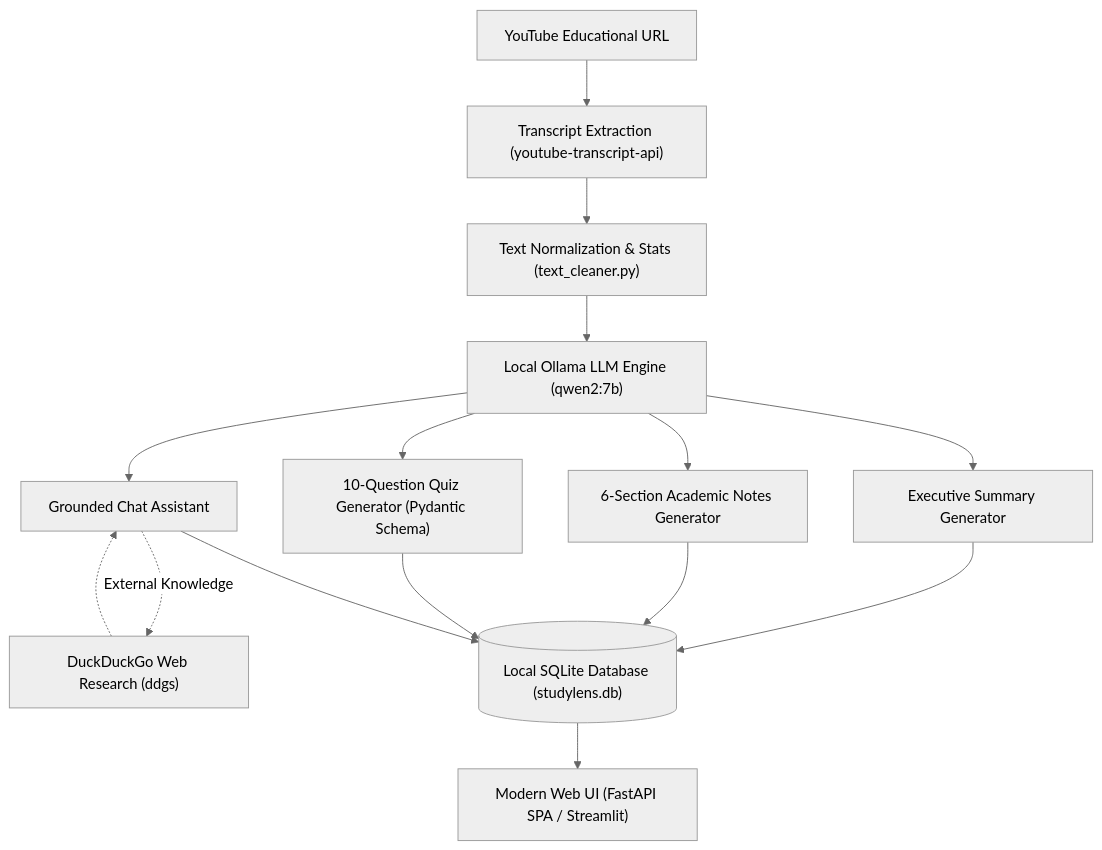
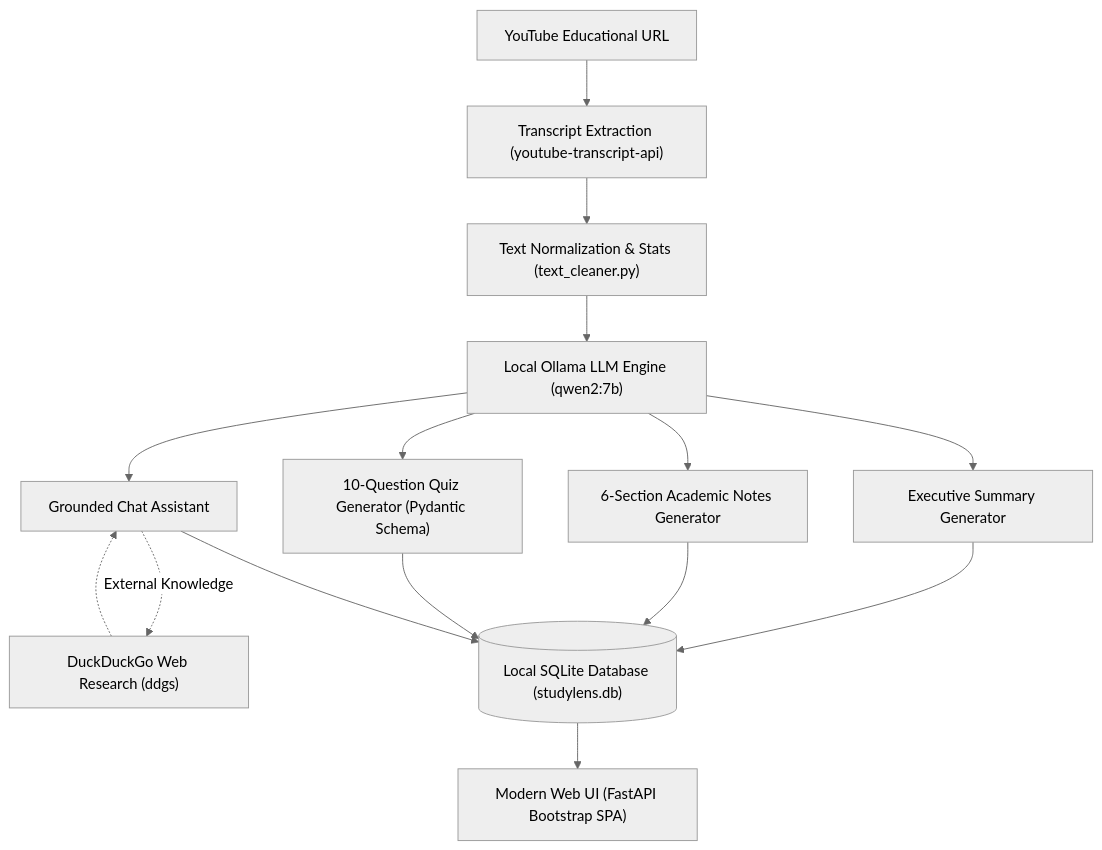
Before and after one commit to Chandan-NG/StudyLens-AI: the diagram in README.md, drawn with Mermaid (neutral theme). The commit also changed other lines of this file and 4 other files, not shown here.

````diff
--- a/README.md
+++ b/README.md
@@ -77,21 +72,21 @@
 ```mermaid
 flowchart TD
     A["YouTube Educational URL"] --> B["Transcript Extraction (youtube-transcript-api)"]
     B --> C["Text Normalization & Stats (text_cleaner.py)"]
     C --> D["Local Ollama LLM Engine (qwen2:7b)"]
     
     D --> E["Executive Summary Generator"]
     D --> F["6-Section Academic Notes Generator"]
     D --> G["10-Question Quiz Generator (Pydantic Schema)"]
     D --> H["Grounded Chat Assistant"]
     
     H -.->|"External Knowledge"| I["DuckDuckGo Web Research (ddgs)"]
     I -.-> H
     
     E --> J[("Local SQLite Database (studylens.db)")]
     F --> J
     G --> J
     H --> J
     
-    J --> K["Modern Web UI (FastAPI SPA / Streamlit)"]
+    J --> K["Modern Web UI (FastAPI Bootstrap SPA)"]
 ```
````
